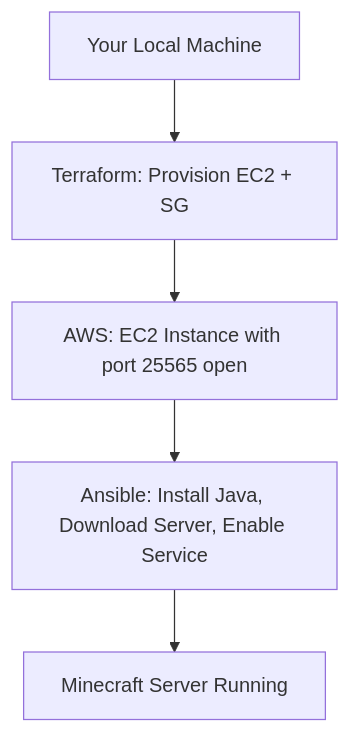
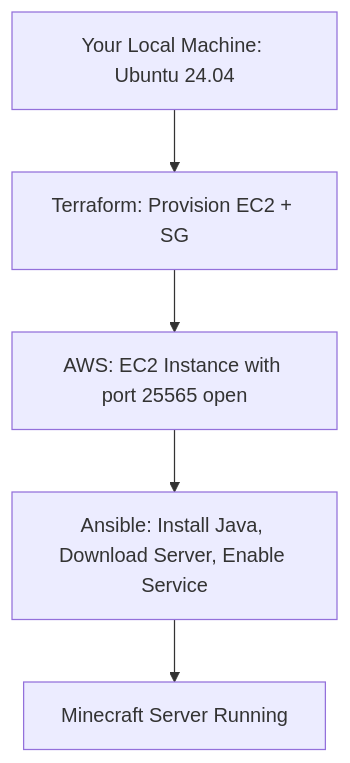
Before and after one commit to Kylagf2011/CS312-Course-Project: the diagram in README.md, drawn with Mermaid.

Commit message:
Version 1.11.1 - Pipeline Diagram Altered

````diff
--- a/README.md
+++ b/README.md
@@ -200,7 +200,7 @@
 ```mermaid
 graph TD
-    A[Your Local Machine] --> B[Terraform: Provision EC2 + SG]
+    A[Your Local Machine: Ubuntu 24.04] --> B[Terraform: Provision EC2 + SG]
     B --> C[AWS: EC2 Instance with port 25565 open]
     C --> D[Ansible: Install Java, Download Server, Enable Service]
     D --> E[Minecraft Server Running]
 ```
````
